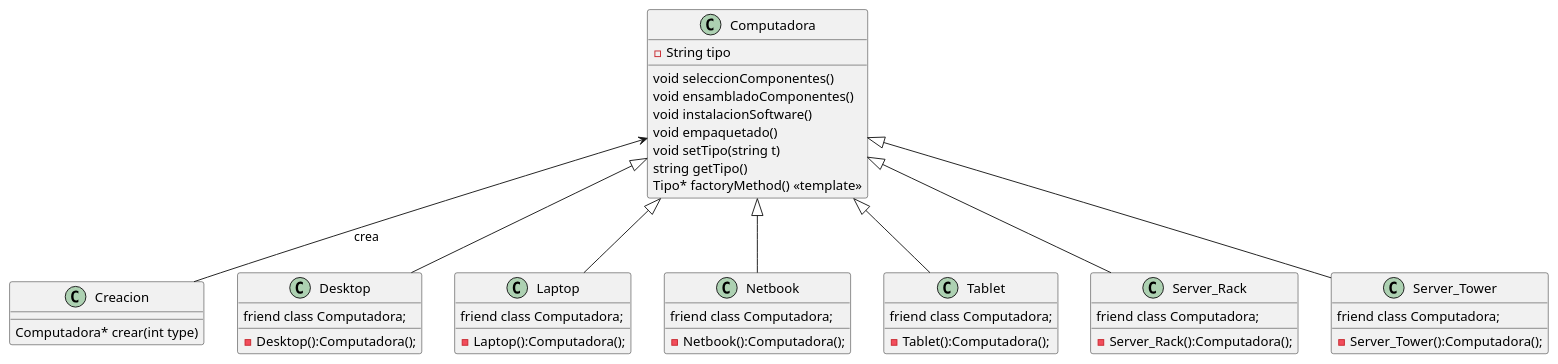
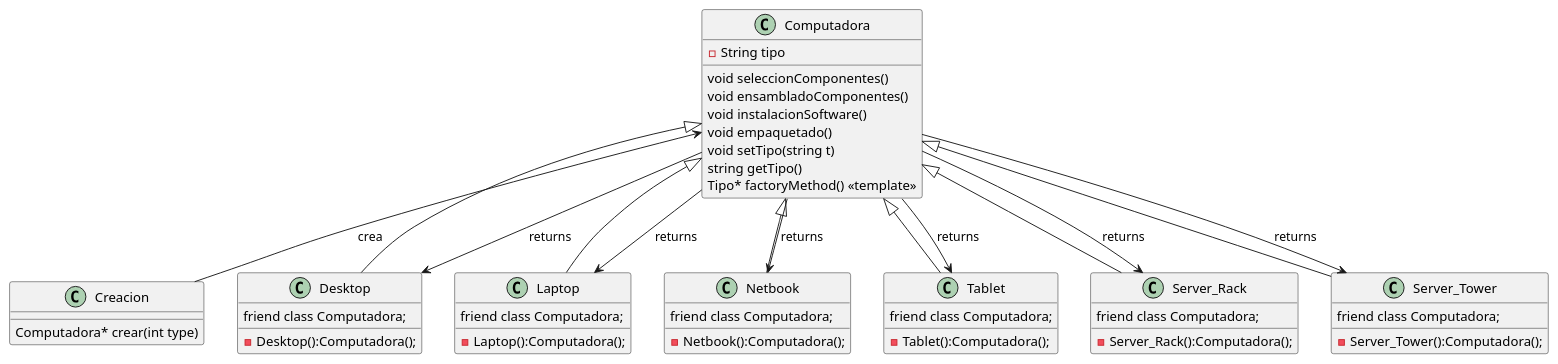
One commit to luisbarajasp/Analisis-y-Modelacion-de-Software changed the diagram in Evaluaciones/Primera/Compumarte.puml. Above: the diagram before and after it, drawn with PlantUML. The commit also changed 1 other file, not shown here.

Commit message:
Edit: add returns from Computadora to children in PUML

```diff
--- a/Evaluaciones/Primera/Compumarte.puml
+++ b/Evaluaciones/Primera/Compumarte.puml
@@ -1,51 +1,57 @@
 @startuml
 
   Class Computadora{
     - String tipo
 
     void seleccionComponentes()
     void ensambladoComponentes()
     void instalacionSoftware()
     void empaquetado()
     void setTipo(string t)
     string getTipo()
     Tipo* factoryMethod() <<template>>
 
   }
   Class Creacion{
     Computadora* crear(int type)
   }
   Class Desktop{
     friend class Computadora;
     - Desktop():Computadora();
   }
   Class Laptop{
     friend class Computadora;
     - Laptop():Computadora();
   }
   Class Netbook{
     friend class Computadora;
     - Netbook():Computadora();
   }
   Class Tablet{
     friend class Computadora;
     - Tablet():Computadora();
   }
   Class Server_Rack{
     friend class Computadora;
     - Server_Rack():Computadora();
   }
   Class Server_Tower{
     friend class Computadora;
     - Server_Tower():Computadora();
   }
 
   Computadora <|-- Desktop
+  Computadora --> Desktop :returns
   Computadora <|-- Laptop
+  Computadora --> Laptop :returns
   Computadora <|-- Netbook
+  Computadora --> Netbook :returns
   Computadora <|-- Tablet
+  Computadora --> Tablet :returns
   Computadora <|-- Server_Rack
+  Computadora --> Server_Rack :returns
   Computadora <|-- Server_Tower
+  Computadora --> Server_Tower :returns
   Computadora <-- Creacion :crea
 
 @enduml
```
